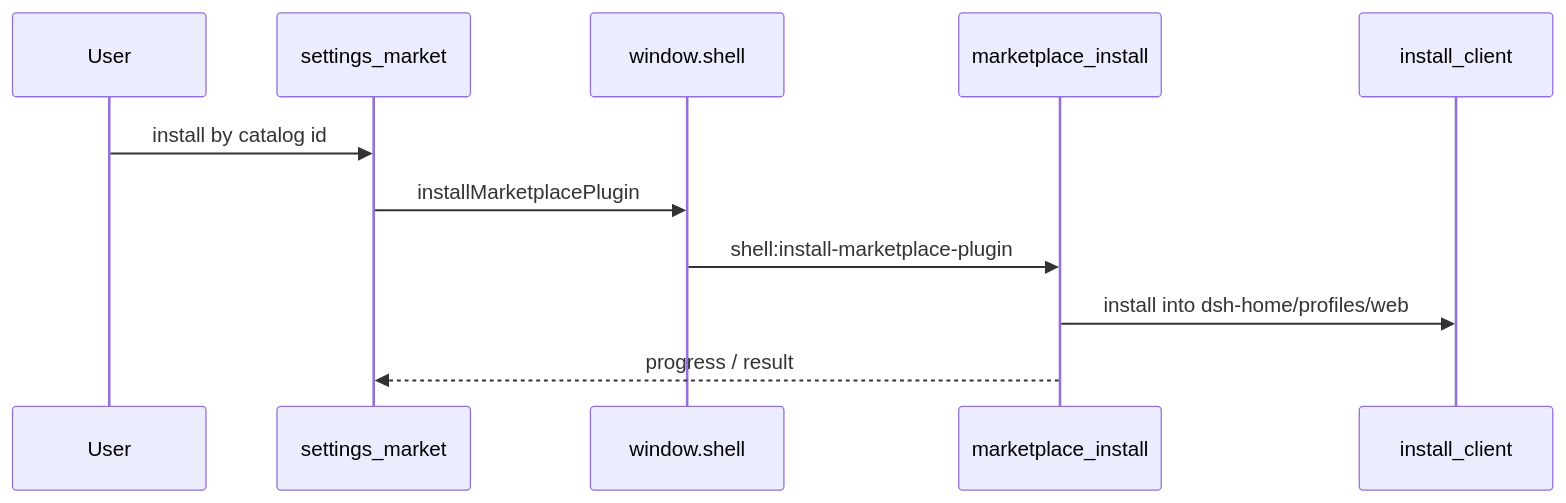
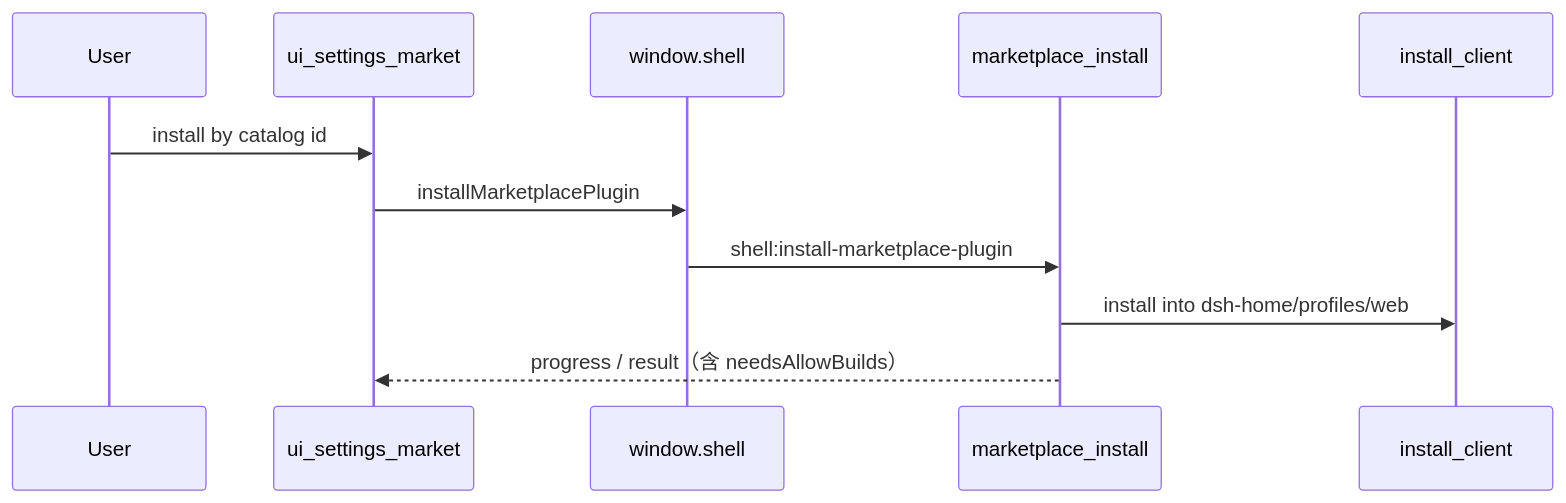
One commit to 20190441309/Deepseek-Harness-Desktop changed the diagram in docs/handbook/flows/marketplace-install.md. Above: the diagram before and after it, drawn with Mermaid. The commit also changed other lines of this file and 19 other files, not shown here.

````diff
--- a/docs/handbook/flows/marketplace-install.md
+++ b/docs/handbook/flows/marketplace-install.md
@@ -11,13 +12,13 @@
 ```mermaid
 sequenceDiagram
   participant User
-  participant Market as settings_market
+  participant Market as ui_settings_market
   participant Shell as window.shell
   participant Main as marketplace_install
   participant Host as install_client
   User->>Market: install by catalog id
   Market->>Shell: installMarketplacePlugin
   Shell->>Main: shell:install-marketplace-plugin
   Main->>Host: install into dsh-home/profiles/web
-  Main-->>Market: progress / result
+  Main-->>Market: progress / result（含 needsAllowBuilds）
 ```
````
